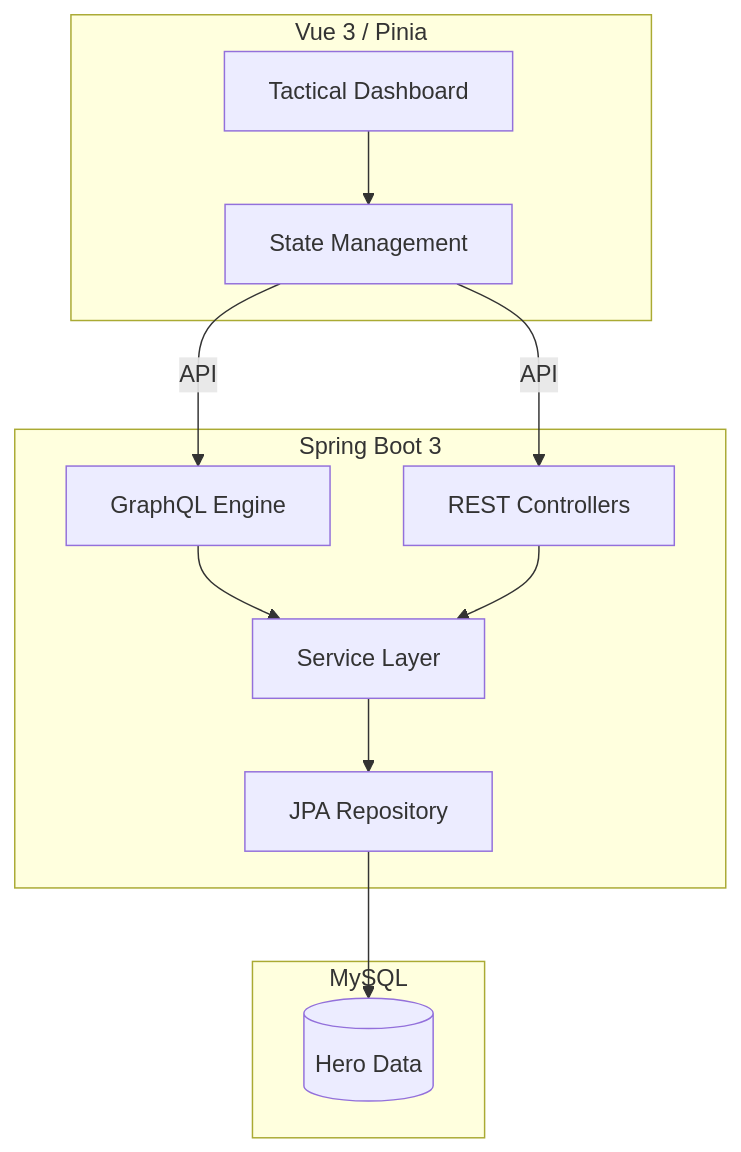
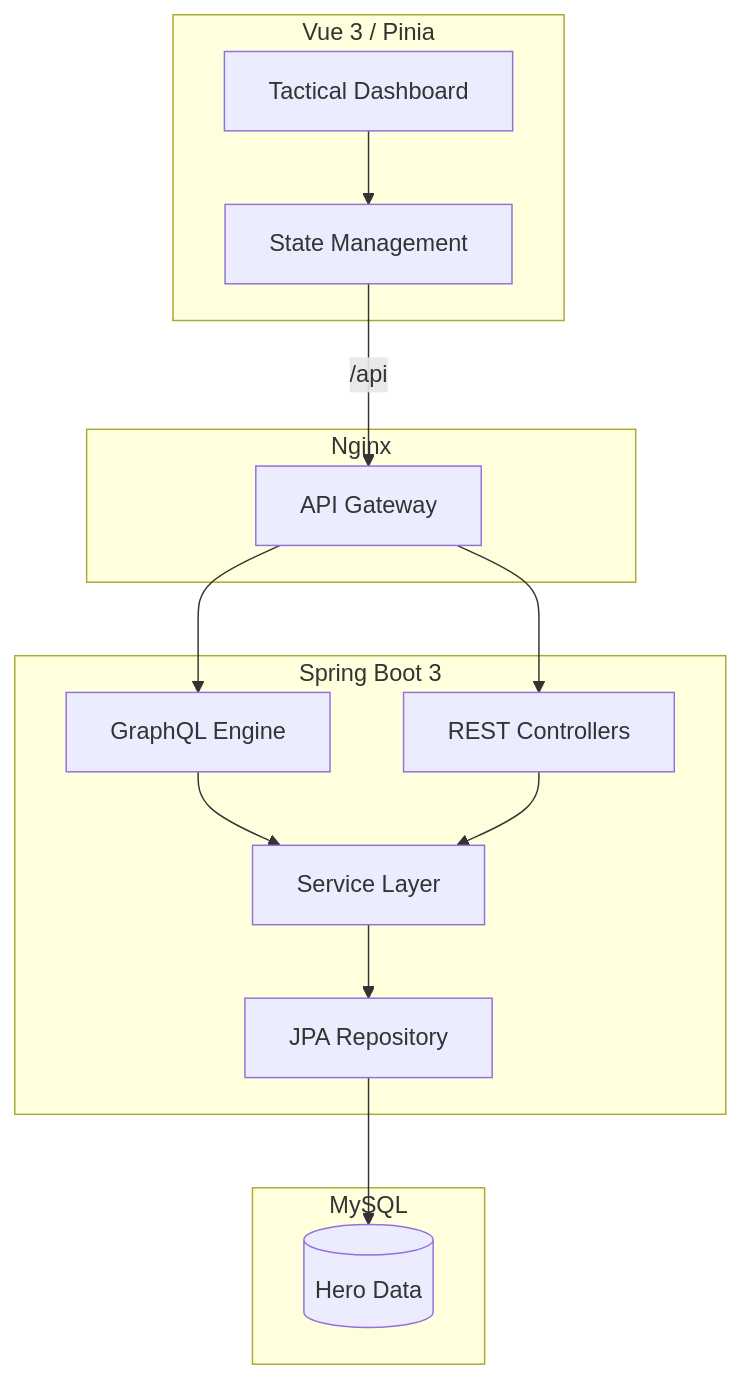
The diagram in README.md (Yug-Dave/HeroSync), drawn with Mermaid before and after one commit. The commit also changed other lines of this file and 5 other files, not shown here.

````diff
--- a/README.md
+++ b/README.md
@@ -41,18 +41,22 @@
 ```mermaid
 graph TD
     subgraph Frontend [Vue 3 / Pinia]
         UI[Tactical Dashboard] --> Store[State Management]
     end
 
+    subgraph ReverseProxy [Nginx]
+        Store -- /api --> Proxy[API Gateway]
+    end
+
     subgraph Backend [Spring Boot 3]
-        Store -- API --> GQL[GraphQL Engine]
-        Store -- API --> REST[REST Controllers]
+        Proxy --> GQL[GraphQL Engine]
+        Proxy --> REST[REST Controllers]
         GQL --> Service[Service Layer]
         REST --> Service
         Service --> Repo[JPA Repository]
     end
 
     subgraph DB [MySQL]
         Repo --> MySQL[(Hero Data)]
     end
 ```
````
